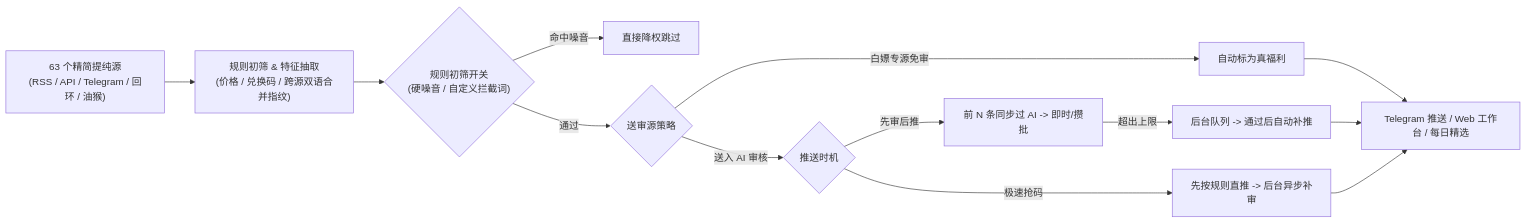
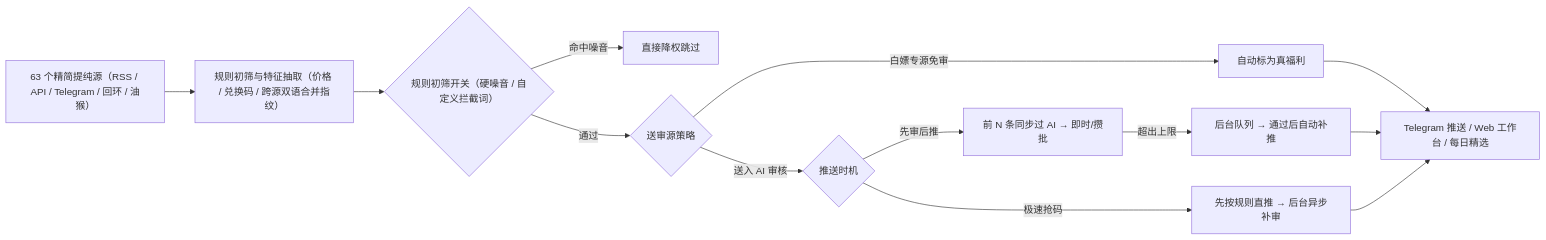
Before and after one commit to ZiChuanLan/freebie-radar: the diagram in README.md, drawn with Mermaid.

````diff
--- a/README.md
+++ b/README.md
@@ -57,15 +57,15 @@
 ```mermaid
 flowchart LR
-  S["63 个精简提纯源<br/>(RSS / API / Telegram / 回环 / 油猴)"] --> E["规则初筛 & 特征抽取<br/>(价格 / 兑换码 / 跨源双语合并指纹)"]
-  E --> F{"规则初筛开关<br/>(硬噪音 / 自定义拦截词)"}
+  S["63 个精简提纯源（RSS / API / Telegram / 回环 / 油猴）"] --> E["规则初筛与特征抽取（价格 / 兑换码 / 跨源双语合并指纹）"]
+  E --> F{"规则初筛开关（硬噪音 / 自定义拦截词）"}
   F -->|命中噪音| D["直接降权跳过"]
   F -->|通过| M{"送审源策略"}
   M -->|白嫖专源免审| A1["自动标为真福利"]
   M -->|送入 AI 审核| T{"推送时机"}
-  T -->|先审后推| Q1["前 N 条同步过 AI -> 即时/攒批"]
-  Q1 -->|超出上限| Q2["后台队列 -> 通过后自动补推"]
-  T -->|极速抢码| P1["先按规则直推 -> 后台异步补审"]
+  T -->|先审后推| Q1["前 N 条同步过 AI → 即时/攒批"]
+  Q1 -->|超出上限| Q2["后台队列 → 通过后自动补推"]
+  T -->|极速抢码| P1["先按规则直推 → 后台异步补审"]
   A1 --> P2["Telegram 推送 / Web 工作台 / 每日精选"]
   Q2 --> P2
   P1 --> P2
 ```
````
